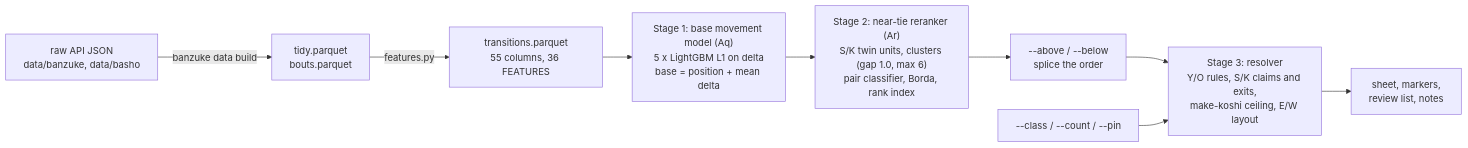
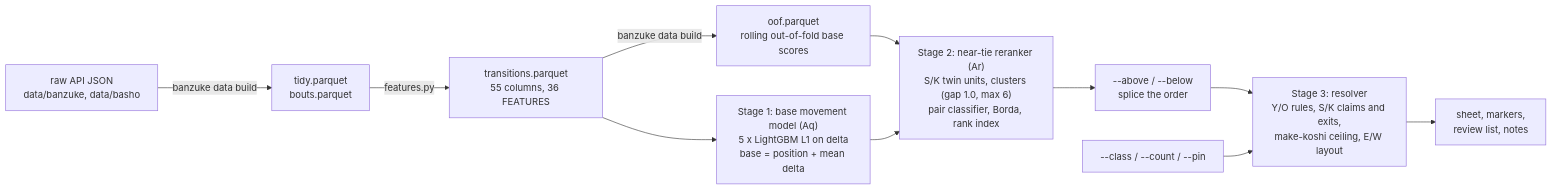
One commit to cheeseandcereal/sumo-banzuke-predictor changed the first of 3 diagrams in docs/MODEL.md. Above: the diagram before and after it, drawn with Mermaid. The commit also changed other lines of this file and 9 other files, not shown here.

````diff
--- a/docs/MODEL.md
+++ b/docs/MODEL.md
@@ -57,11 +57,13 @@
 ```mermaid
 flowchart LR
     raw["raw API JSON<br/>data/banzuke, data/basho"] -->|"banzuke data build"| tidy["tidy.parquet<br/>bouts.parquet"]
     tidy -->|"features.py"| trans["transitions.parquet<br/>55 columns, 36 FEATURES"]
+    trans -->|"banzuke data build"| oof["oof.parquet<br/>rolling out-of-fold base scores"]
     trans --> base["Stage 1: base movement model (Aq)<br/>5 x LightGBM L1 on delta<br/>base = position + mean delta"]
+    oof --> rerank
     base --> rerank["Stage 2: near-tie reranker (Ar)<br/>S/K twin units, clusters (gap 1.0, max 6)<br/>pair classifier, Borda, rank index"]
     rerank --> splice["--above / --below<br/>splice the order"]
     splice --> resolver["Stage 3: resolver<br/>Y/O rules, S/K claims and exits,<br/>make-koshi ceiling, E/W layout"]
     structural["--class / --count / --pin"] --> resolver
     resolver --> out["sheet, markers,<br/>review list, notes"]
 ```
````
